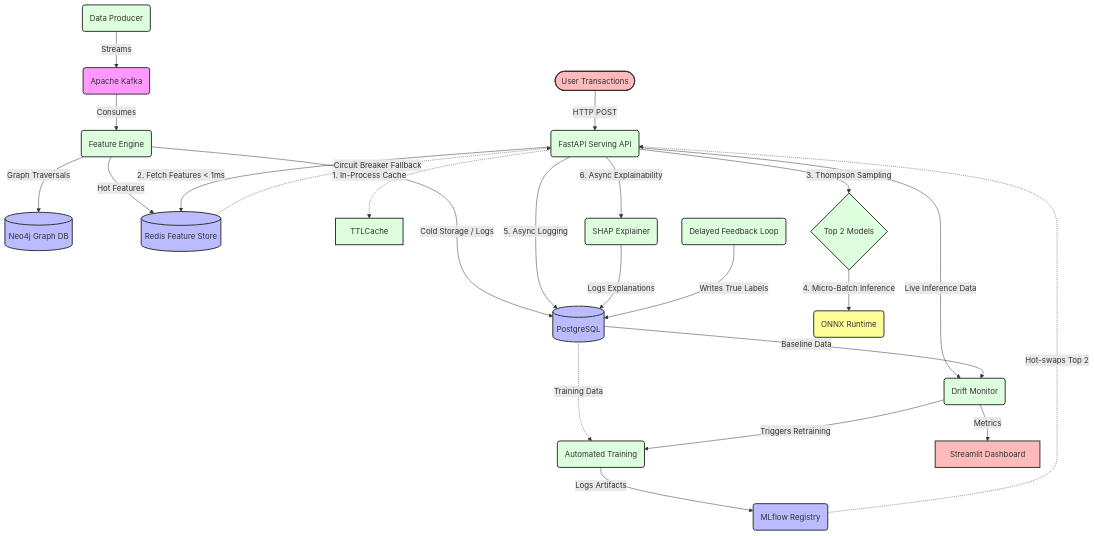
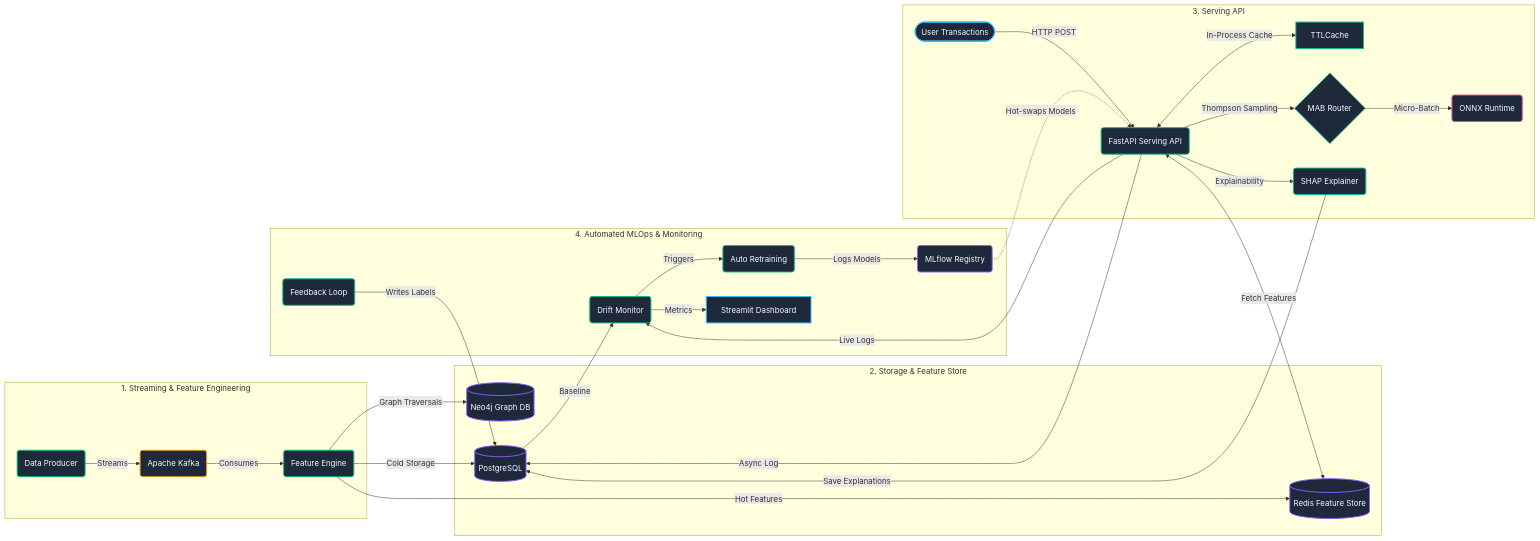
One commit to Mihir-Kalal/Realtime-fraud-detection-pipeline changed the diagram in README.md. Above: the diagram before and after it, drawn with Mermaid.

Commit message:
style: restructure architecture diagram to LR layout with clean subgraphs and high-contrast colors

````diff
--- a/README.md
+++ b/README.md
@@ -17,49 +17,67 @@
 ```mermaid
-graph TD
-    %% Define Styles
-    classDef stream fill:#f9f,stroke:#333,stroke-width:2px;
-    classDef db fill:#bbf,stroke:#333,stroke-width:2px;
-    classDef compute fill:#dfd,stroke:#333,stroke-width:2px;
-    classDef client fill:#fbb,stroke:#333,stroke-width:2px;
-    classDef model fill:#ff9,stroke:#333,stroke-width:2px;
+graph LR
+    %% Colors & Styling
+    classDef client fill:#1e293b,stroke:#38bdf8,stroke-width:2px,color:#f8fafc;
+    classDef stream fill:#1e293b,stroke:#f59e0b,stroke-width:2px,color:#f8fafc;
+    classDef compute fill:#1e293b,stroke:#10b981,stroke-width:2px,color:#f8fafc;
+    classDef db fill:#1e293b,stroke:#8b5cf6,stroke-width:2px,color:#f8fafc;
+    classDef model fill:#1e293b,stroke:#ec4899,stroke-width:2px,color:#f8fafc;
 
-    Client([User Transactions]) -->|HTTP POST| API(FastAPI Serving API)
-    
-    %% Ingestion Flow
-    Producer(Data Producer) -->|Streams| Kafka(Apache Kafka)
-    Kafka -->|Consumes| Flink(Feature Engine)
-    
-    %% Feature Engine Storage
-    Flink -->|Graph Traversals| Neo4j[(Neo4j Graph DB)]
-    Flink -->|Cold Storage / Logs| Postgres[(PostgreSQL)]
-    Flink -->|Hot Features| Redis[(Redis Feature Store)]
-    
-    %% Serving Flow
-    API -.->|1. In-Process Cache| Cache[TTLCache]
-    API -->|2. Fetch Features < 1ms| Redis
-    Redis -.->|Circuit Breaker Fallback| API
-    API -->|3. Thompson Sampling| MAB{Top 2 Models}
-    MAB -->|4. Micro-Batch Inference| ONNX(ONNX Runtime)
-    API -->|5. Async Logging| Postgres
-    API -->|6. Async Explainability| SHAP(SHAP Explainer)
-    SHAP -->|Logs Explanations| Postgres
-    
-    %% MLOps Flow
-    Feedback(Delayed Feedback Loop) -->|Writes True Labels| Postgres
-    Postgres -.->|Training Data| Training(Automated Training)
-    Training -->|Logs Artifacts| MLflow(MLflow Registry)
-    MLflow -.->|Hot-swaps Top 2| API
-    
-    %% Monitoring
-    API -->|Live Inference Data| Monitoring(Drift Monitor)
-    Postgres -->|Baseline Data| Monitoring
-    Monitoring -->|Triggers Retraining| Training
-    Monitoring -->|Metrics| Dashboard[Streamlit Dashboard]
+    subgraph Ingestion ["1. Streaming & Feature Engineering"]
+        Producer(Data Producer)
+        Kafka(Apache Kafka)
+        Flink(Feature Engine)
+        Producer -->|Streams| Kafka
+        Kafka -->|Consumes| Flink
+    end
+
+    subgraph Storage ["2. Storage & Feature Store"]
+        Redis[(Redis Feature Store)]
+        Neo4j[(Neo4j Graph DB)]
+        Postgres[(PostgreSQL)]
+        Flink -->|Hot Features| Redis
+        Flink -->|Graph Traversals| Neo4j
+        Flink -->|Cold Storage| Postgres
+    end
+
+    subgraph Serving ["3. Serving API"]
+        Client([User Transactions])
+        API(FastAPI Serving API)
+        Cache[TTLCache]
+        MAB{MAB Router}
+        ONNX(ONNX Runtime)
+        SHAP(SHAP Explainer)
+
+        Client -->|HTTP POST| API
+        API <-->|Fetch Features| Redis
+        API <-->|In-Process Cache| Cache
+        API -->|Thompson Sampling| MAB
+        MAB -->|Micro-Batch| ONNX
+        API -->|Async Log| Postgres
+        API -->|Explainability| SHAP
+        SHAP -->|Save Explanations| Postgres
+    end
+
+    subgraph MLOps ["4. Automated MLOps & Monitoring"]
+        Feedback(Feedback Loop)
+        Monitoring(Drift Monitor)
+        Training(Auto Retraining)
+        MLflow(MLflow Registry)
+        Dashboard[Streamlit Dashboard]
+
+        Feedback -->|Writes Labels| Postgres
+        API -->|Live Logs| Monitoring
+        Postgres -->|Baseline| Monitoring
+        Monitoring -->|Triggers| Training
+        Monitoring -->|Metrics| Dashboard
+        Training -->|Logs Models| MLflow
+        MLflow -.->|Hot-swaps Models| API
+    end
 
     %% Assign Classes
     class Client,Dashboard client;
     class Kafka stream;
     class Neo4j,Postgres,Redis,MLflow db;
     class API,Producer,Flink,Cache,MAB,SHAP,Feedback,Training,Monitoring compute;
     class ONNX model;
 ```
````
